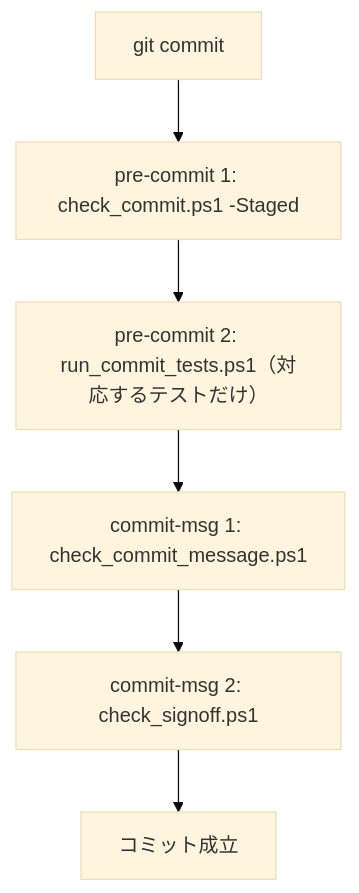
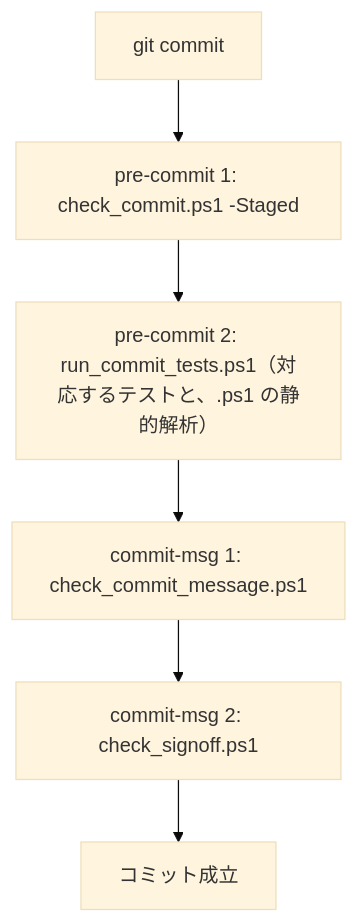
Before and after one commit to hsgwa/tebunko: the diagram in docs/design/testing/pre-commit.md, drawn with Mermaid (base theme). The commit also changed other lines of this file and 8 other files, not shown here.

````diff
--- a/docs/design/testing/pre-commit.md
+++ b/docs/design/testing/pre-commit.md
@@ -5,8 +5,8 @@
 ```mermaid
 flowchart TD
     C["git commit"] --> P1["pre-commit 1: check_commit.ps1 -Staged"]
-    P1 --> P2["pre-commit 2: run_commit_tests.ps1（対応するテストだけ）"]
+    P1 --> P2["pre-commit 2: run_commit_tests.ps1（対応するテストと、.ps1 の静的解析）"]
     P2 --> M1["commit-msg 1: check_commit_message.ps1"]
     M1 --> M2["commit-msg 2: check_signoff.ps1"]
     M2 --> OK["コミット成立"]
 ```
````
